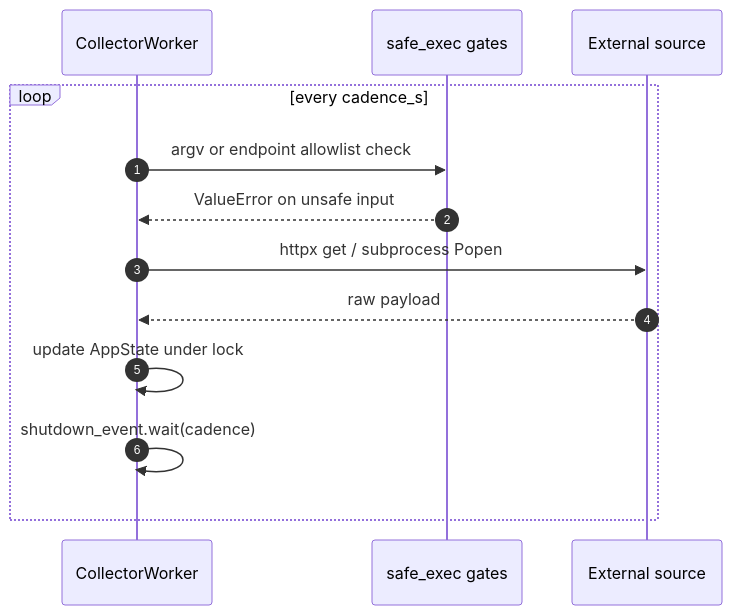
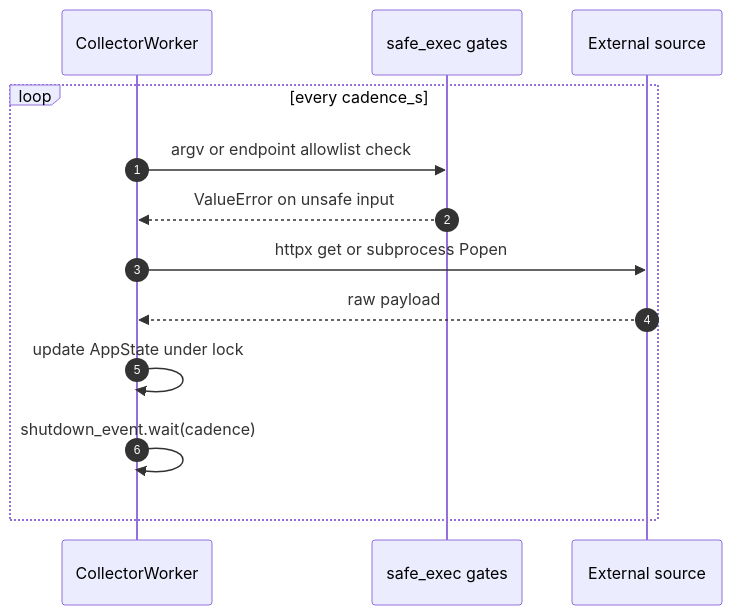
The third of 4 diagrams in README.md (ml-maple-monk/gpu-poor-training-pipeline), drawn with Mermaid before and after one commit. The commit also changed other lines of this file, not shown here.

First line of the commit message:
docs: fix Mermaid + lead with preemptible GPU

````diff
--- a/README.md
+++ b/README.md
@@ -147,16 +173,16 @@
 ```mermaid
 sequenceDiagram
     autonumber
     participant W as CollectorWorker
     participant G as safe_exec gates
     participant S as External source
 
     loop every cadence_s
-      W->>G: argv or endpoint allowlist check
-      G-->>W: ValueError on unsafe input
-      W->>S: httpx get / subprocess Popen
-      S-->>W: raw payload
-      W->>W: update AppState under lock
-      W->>W: shutdown_event.wait(cadence)
+        W->>G: argv or endpoint allowlist check
+        G-->>W: ValueError on unsafe input
+        W->>S: httpx get or subprocess Popen
+        S-->>W: raw payload
+        W->>W: update AppState under lock
+        W->>W: shutdown_event.wait(cadence)
     end
 ```
````
